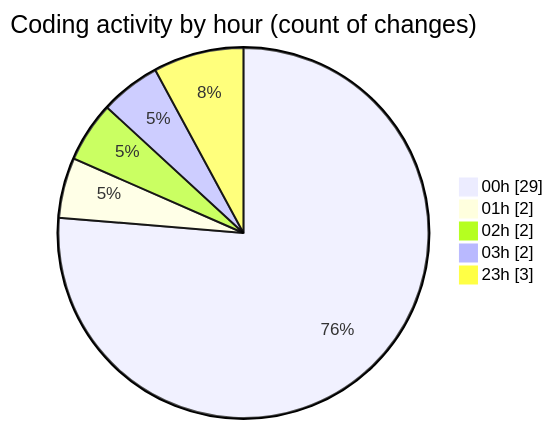
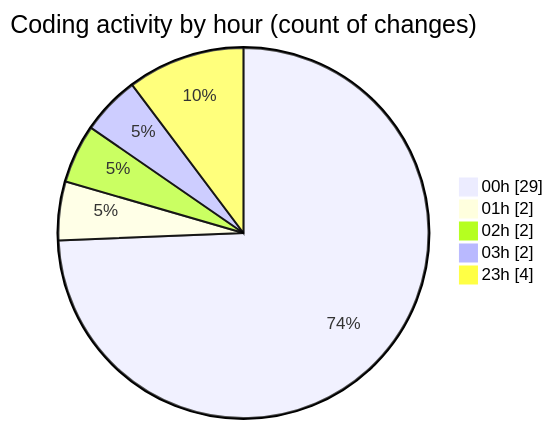
The second of 2 diagrams in 2025-02-09/maps_clone/README.md (donsfak/code-tracking), drawn with Mermaid before and after one commit. The commit also changed other lines of this file and 1 other file, not shown here.

````diff
--- a/2025-02-09/maps_clone/README.md
+++ b/2025-02-09/maps_clone/README.md
@@ -39,9 +39,9 @@
 ```mermaid
 pie showData
 title Coding activity by hour (count of changes)
 "00h" : 29
 "01h" : 2
 "02h" : 2
 "03h" : 2
-"23h" : 3
+"23h" : 4
 ```
````
